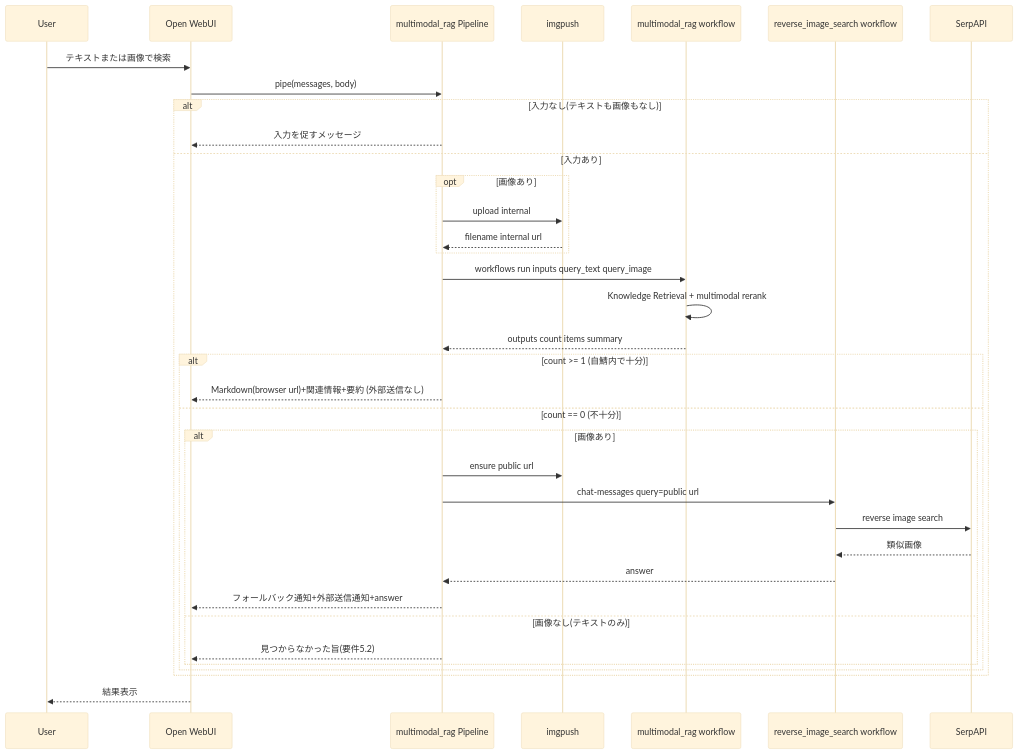
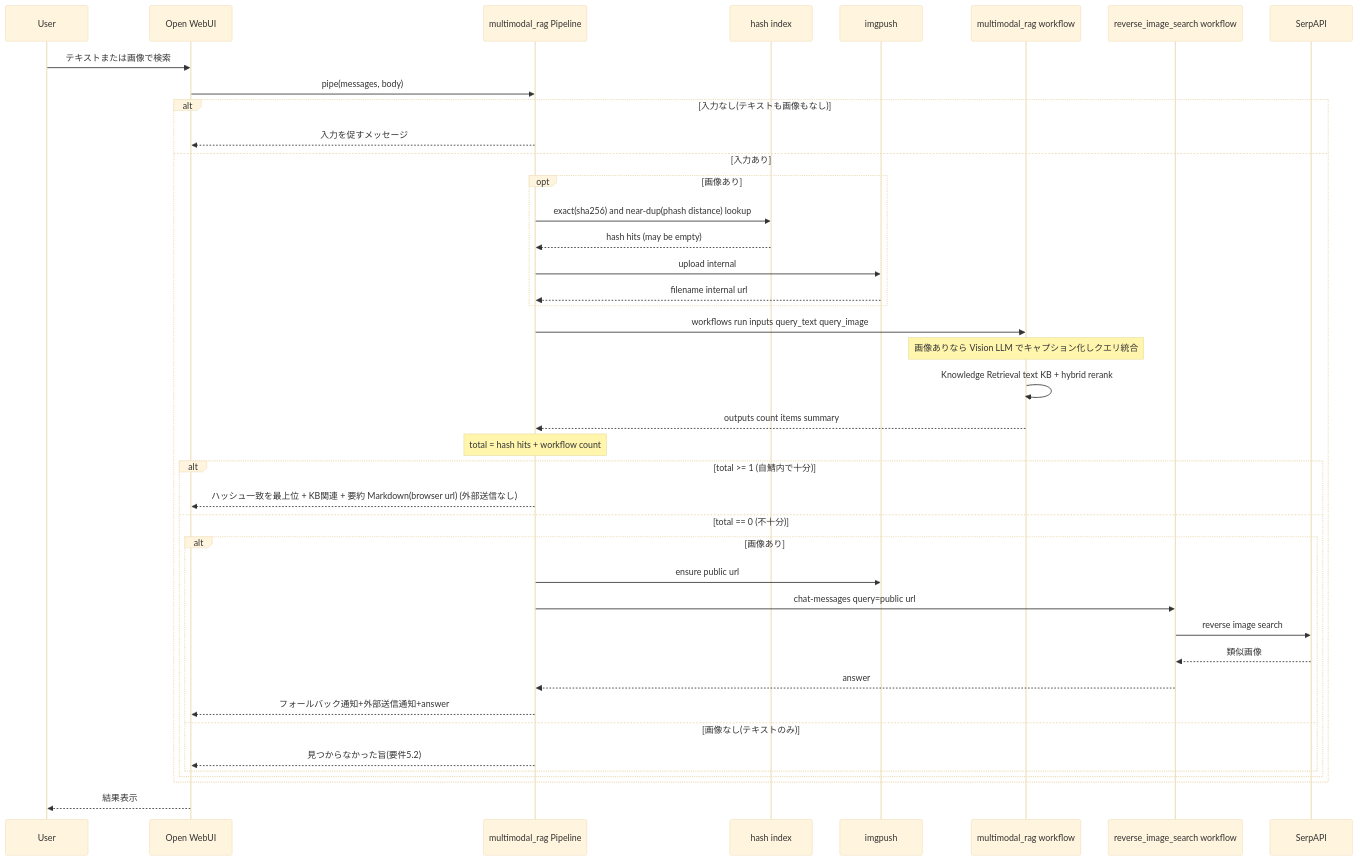
Before and after one commit to beastmaniaxxx/AgentPlatform: the third of 4 diagrams in .kiro/specs/multimodal-rag/design.md, drawn with Mermaid (base theme). The commit also changed other lines of this file and 4 other files, not shown here.

````diff
--- a/.kiro/specs/multimodal-rag/design.md
+++ b/.kiro/specs/multimodal-rag/design.md
@@ -172,39 +198,44 @@
 ```mermaid
 sequenceDiagram
     participant User
     participant OWUI as Open WebUI
     participant Pipe as multimodal_rag Pipeline
+    participant HashIdx as hash index
     participant Imgpush as imgpush
     participant WF as multimodal_rag workflow
     participant RIS as reverse_image_search workflow
     participant Serp as SerpAPI
 
     User->>OWUI: テキストまたは画像で検索
     OWUI->>Pipe: pipe(messages, body)
     alt 入力なし(テキストも画像もなし)
         Pipe-->>OWUI: 入力を促すメッセージ
     else 入力あり
         opt 画像あり
+            Pipe->>HashIdx: exact(sha256) and near-dup(phash distance) lookup
+            HashIdx-->>Pipe: hash hits (may be empty)
             Pipe->>Imgpush: upload internal
             Imgpush-->>Pipe: filename internal url
         end
         Pipe->>WF: workflows run inputs query_text query_image
-        WF->>WF: Knowledge Retrieval + multimodal rerank
+        Note over WF: 画像ありなら Vision LLM でキャプション化しクエリ統合
+        WF->>WF: Knowledge Retrieval text KB + hybrid rerank
         WF-->>Pipe: outputs count items summary
-        alt count >= 1 (自鯖内で十分)
-            Pipe-->>OWUI: Markdown(browser url)+関連情報+要約  (外部送信なし)
-        else count == 0 (不十分)
+        Note over Pipe: total = hash hits + workflow count
+        alt total >= 1 (自鯖内で十分)
+            Pipe-->>OWUI: ハッシュ一致を最上位 + KB関連 + 要約 Markdown(browser url) (外部送信なし)
+        else total == 0 (不十分)
             alt 画像あり
                 Pipe->>Imgpush: ensure public url
                 Pipe->>RIS: chat-messages query=public url
                 RIS->>Serp: reverse image search
                 Serp-->>RIS: 類似画像
                 RIS-->>Pipe: answer
                 Pipe-->>OWUI: フォールバック通知+外部送信通知+answer
             else 画像なし(テキストのみ)
                 Pipe-->>OWUI: 見つからなかった旨(要件5.2)
             end
         end
     end
     OWUI-->>User: 結果表示
 ```
````
